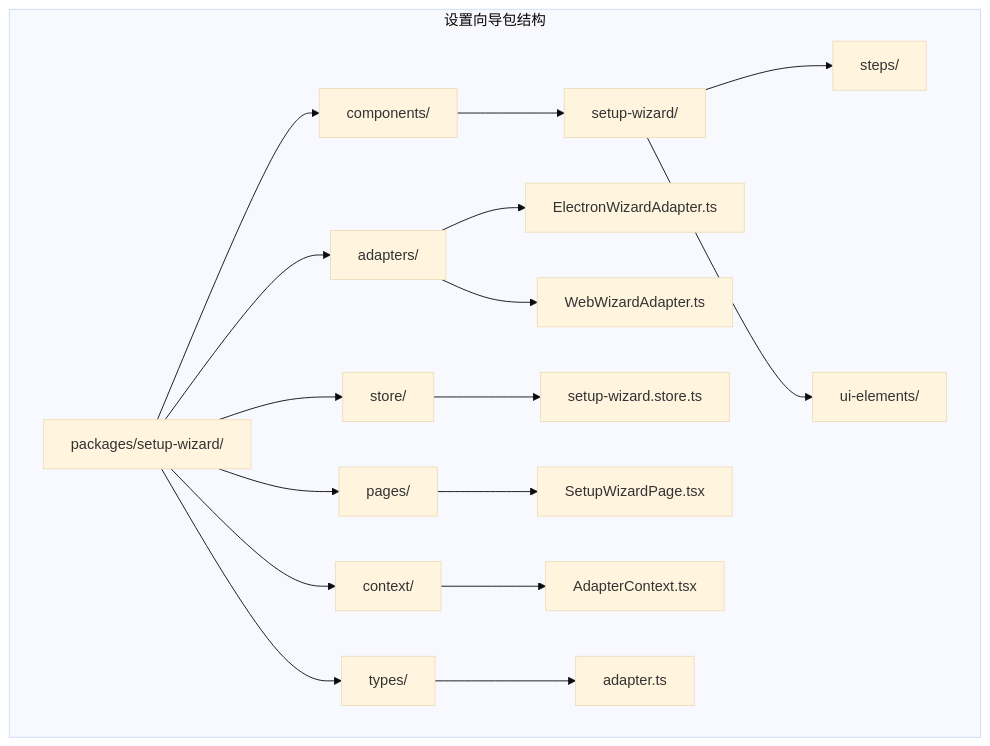
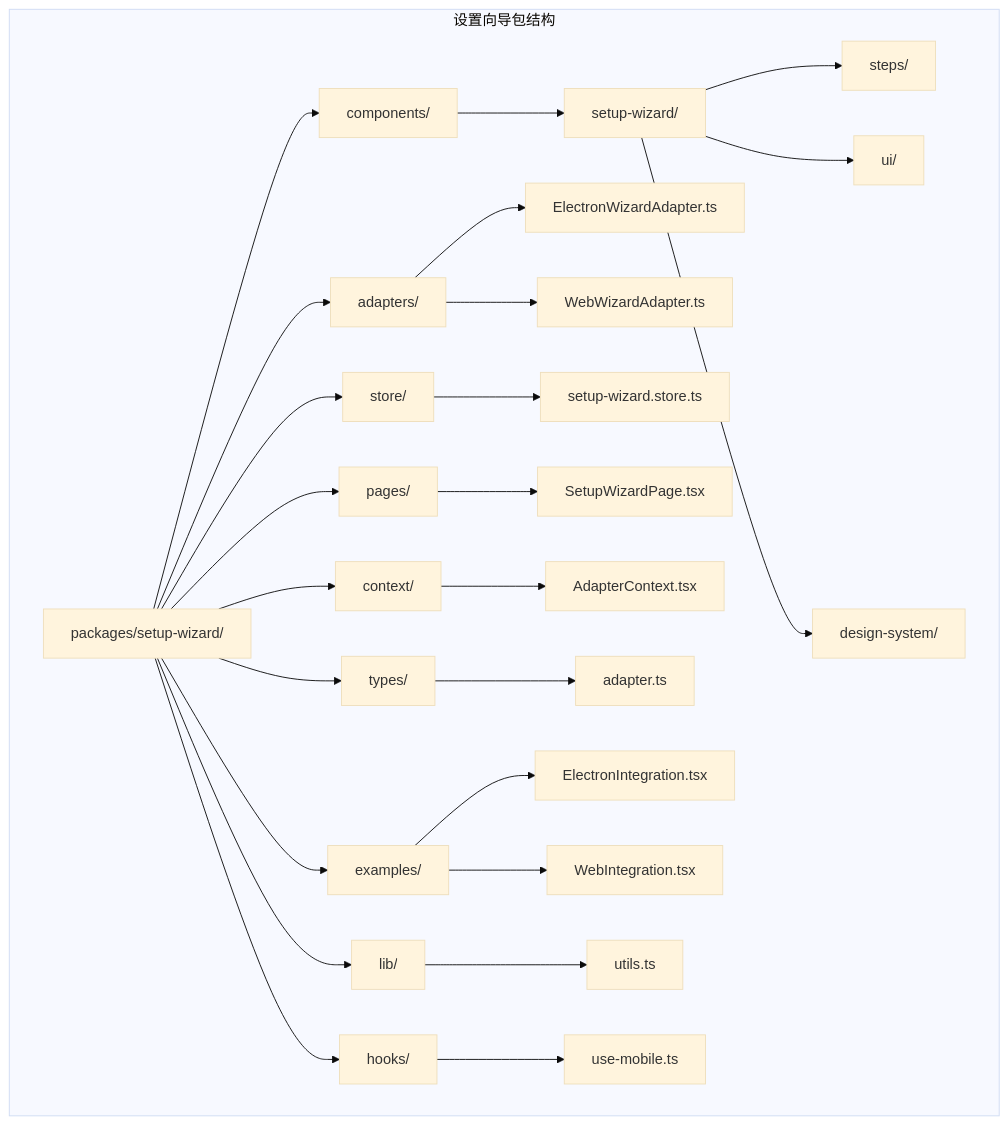
One commit to verse-ai-org/openclaw changed the first of 11 diagrams in .qoder/repowiki/zh/content/设置向导设计文档.md. Above: the diagram before and after it, drawn with Mermaid (base theme). The commit also changed other lines of this file and 78 other files, not shown here.

````diff
--- a/.qoder/repowiki/zh/content/设置向导设计文档.md
+++ b/.qoder/repowiki/zh/content/设置向导设计文档.md
@@ -43,20 +57,28 @@
 ```mermaid
 graph TB
 subgraph "设置向导包结构"
 A[packages/setup-wizard/] --> B[components/]
 A --> C[adapters/]
 A --> D[store/]
 A --> E[pages/]
 A --> F[context/]
 A --> G[types/]
+A --> H[examples/]
+A --> I[lib/]
+A --> J[hooks/]
 B --> B1[setup-wizard/]
 B1 --> B2[steps/]
-B1 --> B3[ui-elements/]
+B1 --> B3[ui/]
+B1 --> B4[design-system/]
 C --> C1[ElectronWizardAdapter.ts]
 C --> C2[WebWizardAdapter.ts]
 D --> D1[setup-wizard.store.ts]
 E --> E1[SetupWizardPage.tsx]
 F --> F1[AdapterContext.tsx]
 G --> G1[adapter.ts]
+H --> H1[ElectronIntegration.tsx]
+H --> H2[WebIntegration.tsx]
+I --> I1[utils.ts]
+J --> J1[use-mobile.ts]
 end
 ```
````
